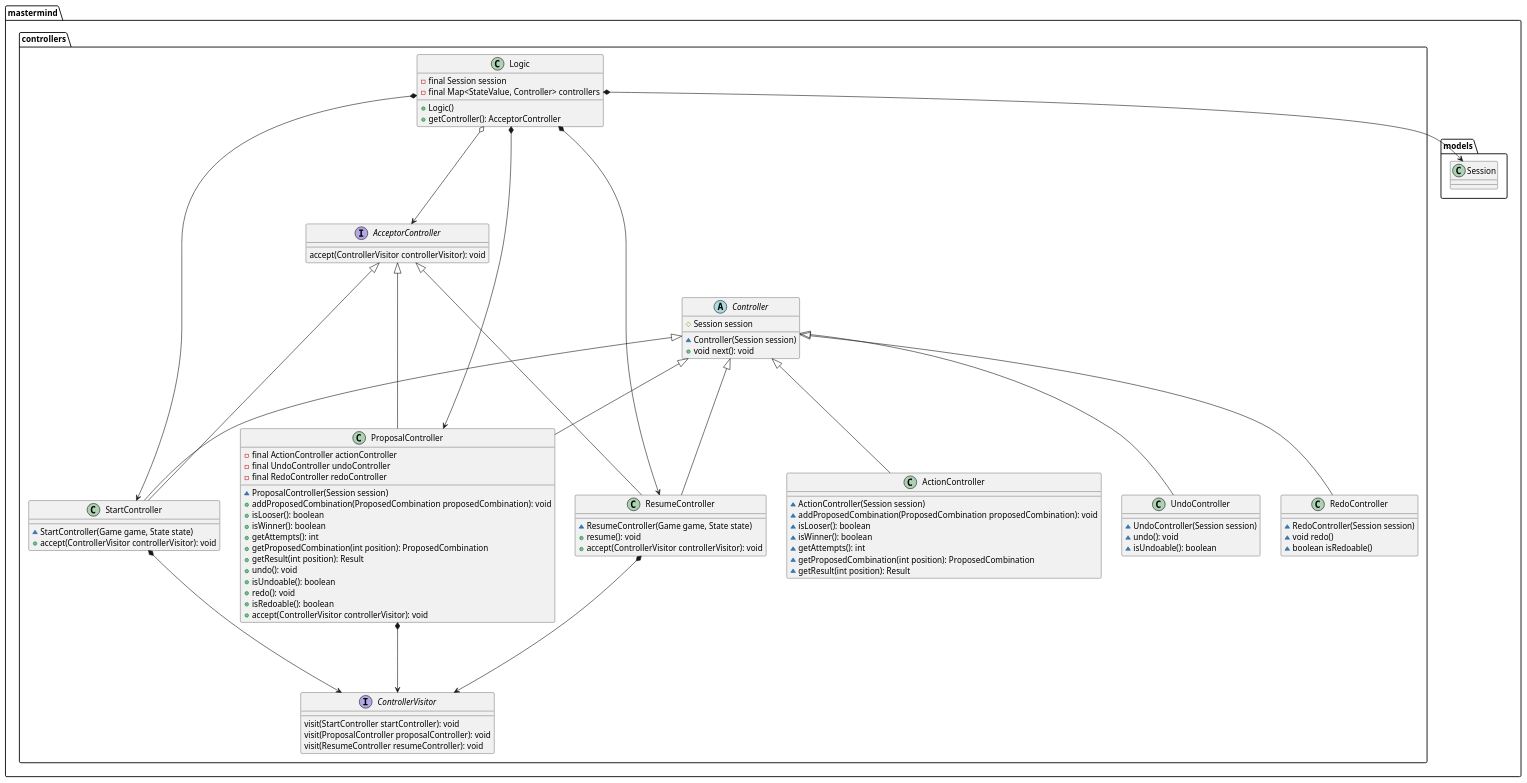
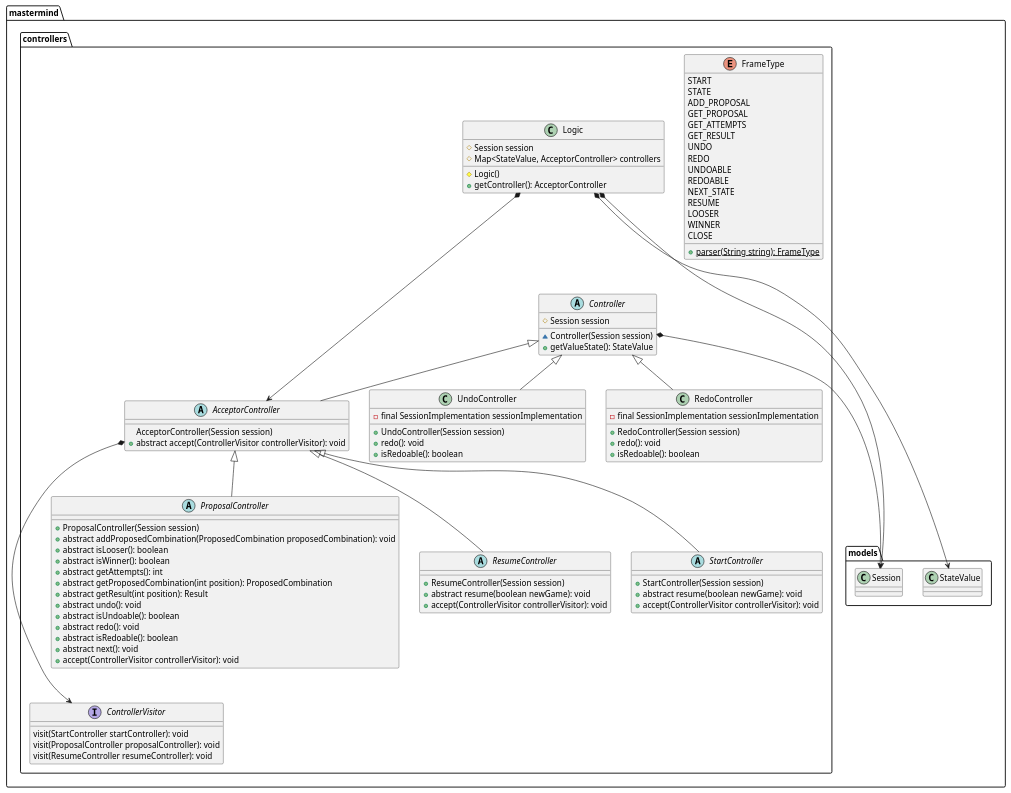
The first of 2 diagrams in docs/uml/PackageMasterMindControllers.puml (TheMercuryBeat/MasterMind), drawn with PlantUML before and after one commit. The commit also changed other lines of this file and 15 other files, not shown here.

Commit message:
[uml] Update uml diagrams

```diff
--- a/docs/uml/PackageMasterMindControllers.puml
+++ b/docs/uml/PackageMasterMindControllers.puml
@@ -2,106 +2,105 @@
 @startuml
 
 package mastermind.controllers {
 
     interface ControllerVisitor {
        visit(StartController startController): void
        visit(ProposalController proposalController): void
        visit(ResumeController resumeController): void
     }
 
-    interface AcceptorController {
-        accept(ControllerVisitor controllerVisitor): void
-    }
-
     abstract class Controller {
         # Session session
         ~ Controller(Session session)
-        + void next(): void
+        + getValueState(): StateValue
+    }
+
+    enum FrameType {
+        START
+        STATE
+        ADD_PROPOSAL
+        GET_PROPOSAL
+        GET_ATTEMPTS
+        GET_RESULT
+        UNDO
+        REDO
+        UNDOABLE
+        REDOABLE
+        NEXT_STATE
+        RESUME
+        LOOSER
+        WINNER
+        CLOSE
+        + {static} parser(String string): FrameType
     }
 
     class Logic {
-        - final Session session
-        - final Map<StateValue, Controller> controllers
-        + Logic()
+        # Session session
+        # Map<StateValue, AcceptorController> controllers
+        # Logic()
         + getController(): AcceptorController
     }
 
-    class ProposalController {
-        - final ActionController actionController
-        - final UndoController undoController
-        - final RedoController redoController
-        ~ ProposalController(Session session)
-        + addProposedCombination(ProposedCombination proposedCombination): void
-        + isLooser(): boolean
-        + isWinner(): boolean
-        + getAttempts(): int
-        + getProposedCombination(int position): ProposedCombination
-        + getResult(int position): Result
-        + undo(): void
-        + isUndoable(): boolean
-        + redo(): void
-        + isRedoable(): boolean
-        + accept(ControllerVisitor controllerVisitor): void
-     }
-
-    class ResumeController {
-        ~ ResumeController(Game game, State state)
-        + resume(): void
+    abstract class ProposalController extends AcceptorController {
+        + ProposalController(Session session)
+        + abstract addProposedCombination(ProposedCombination proposedCombination): void
+        + abstract isLooser(): boolean
+        + abstract isWinner(): boolean
+        + abstract getAttempts(): int
+        + abstract getProposedCombination(int position): ProposedCombination
+        + abstract getResult(int position): Result
+        + abstract undo(): void
+        + abstract isUndoable(): boolean
+        + abstract redo(): void
+        + abstract isRedoable(): boolean
+        + abstract next(): void
         + accept(ControllerVisitor controllerVisitor): void
     }
 
-    class StartController {
-        ~ StartController(Game game, State state)
+    abstract class ResumeController extends AcceptorController {
+        + ResumeController(Session session)
+        + abstract resume(boolean newGame): void
         + accept(ControllerVisitor controllerVisitor): void
     }
 
-    class ActionController {
-        ~ ActionController(Session session)
-        ~ addProposedCombination(ProposedCombination proposedCombination): void
-        ~ isLooser(): boolean
-        ~ isWinner(): boolean
-        ~ getAttempts(): int
-        ~ getProposedCombination(int position): ProposedCombination
-        ~ getResult(int position): Result
+    abstract class StartController extends AcceptorController {
+        + StartController(Session session)
+        + abstract resume(boolean newGame): void
+        + accept(ControllerVisitor controllerVisitor): void
     }
 
-    class UndoController {
-        ~ UndoController(Session session)
-        ~ undo(): void
-        ~ isUndoable(): boolean
+    abstract class AcceptorController extends Controller {
+        AcceptorController(Session session)
+        + abstract accept(ControllerVisitor controllerVisitor): void
     }
 
-    class RedoController {
-        ~ RedoController(Session session)
-        ~ void redo()
-        ~ boolean isRedoable()
+    class UndoController extends Controller {
+            - final SessionImplementation sessionImplementation
+            + UndoController(Session session)
+            + redo(): void
+            + isRedoable(): boolean
+        }
+
+    class RedoController extends Controller {
+        - final SessionImplementation sessionImplementation
+        + RedoController(Session session)
+        + redo(): void
+        + isRedoable(): boolean
     }
 
 }
 
 package mastermind.models {
     class Session
+    class StateValue
 }
 
-AcceptorController <|---- StartController
-AcceptorController <|---- ProposalController
-AcceptorController <|---- ResumeController
 
-Controller <|--- StartController
-Controller <|--- ProposalController
-Controller <|--- ActionController
-Controller <|--- UndoController
-Controller <|--- RedoController
-Controller <|--- ResumeController
+Controller *---> Session
+AcceptorController *---> ControllerVisitor
+Logic *---> Session
+Logic *---> StateValue
+Logic *---> AcceptorController
 
-StartController *---> ControllerVisitor
-ProposalController *---> ControllerVisitor
-ResumeController *---> ControllerVisitor
-
-Logic *--> Session
-Logic *---> StartController
-Logic *---> ProposalController
-Logic *---> ResumeController
-Logic o---> AcceptorController
 
 @enduml
```
